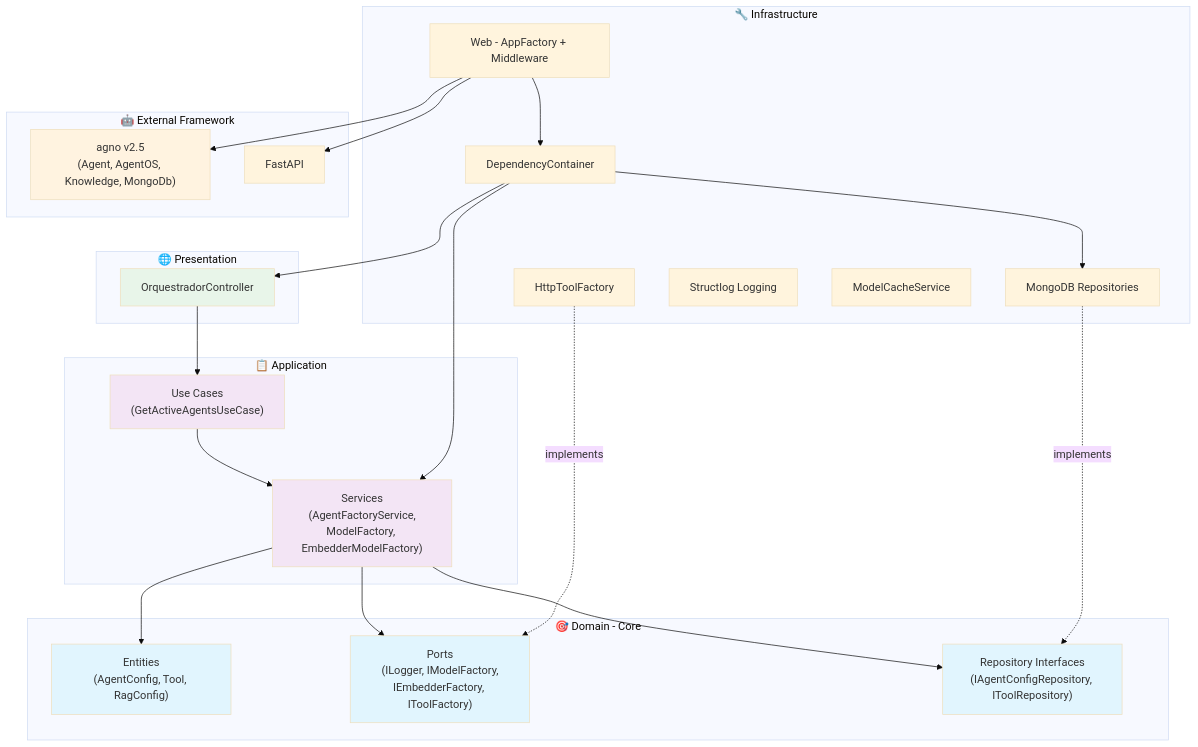
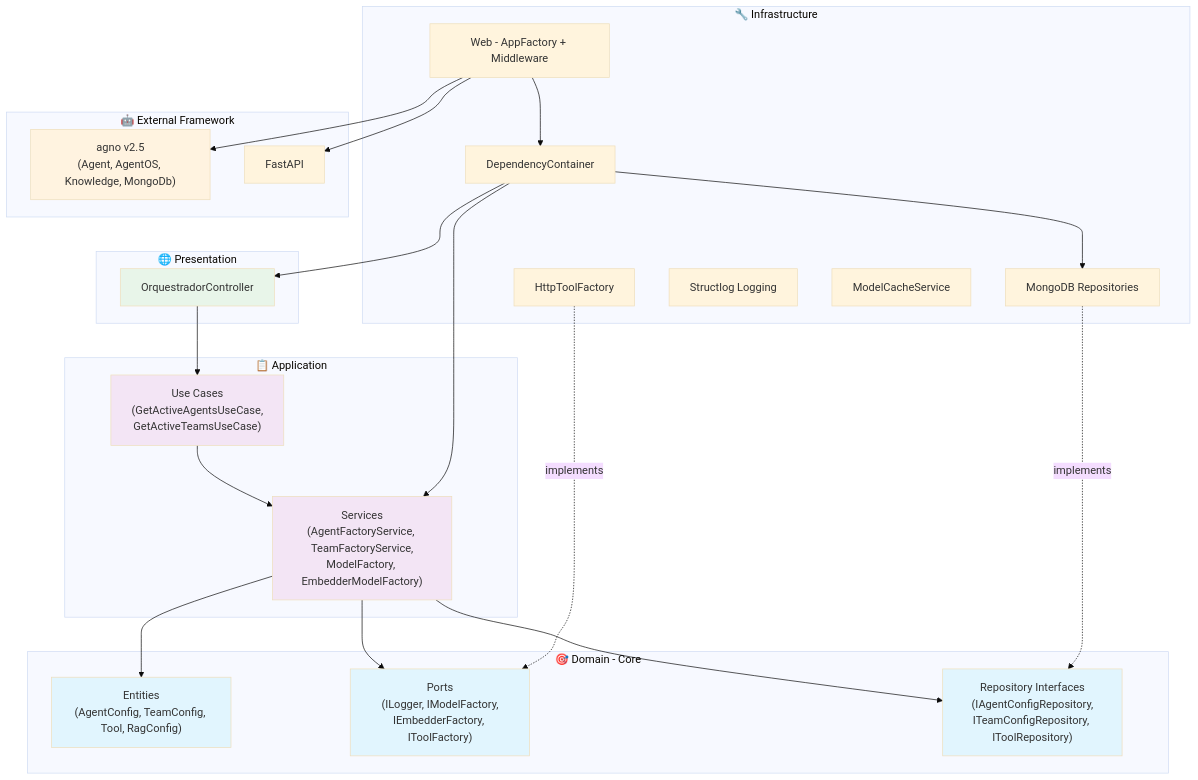
The first of 3 diagrams in README.en.md (Mosfet04/orquestradorIAPythonArgo), drawn with Mermaid (base theme) before and after one commit. The commit also changed other lines of this file and 2 other files, not shown here.

Commit message:
feat: add multi-agent teams support and enhance documentation

````diff
--- a/README.en.md
+++ b/README.en.md
@@ -118,53 +120,53 @@
 ```mermaid
 graph TB
     subgraph "🎯 Domain - Core"
-        E["Entities<br/>(AgentConfig, Tool, RagConfig)"]
+        E["Entities<br/>(AgentConfig, TeamConfig, Tool, RagConfig)"]
         RP["Ports<br/>(ILogger, IModelFactory,<br/>IEmbedderFactory, IToolFactory)"]
-        RI["Repository Interfaces<br/>(IAgentConfigRepository, IToolRepository)"]
+        RI["Repository Interfaces<br/>(IAgentConfigRepository,<br/>ITeamConfigRepository, IToolRepository)"]
     end
 
     subgraph "📋 Application"
-        UC["Use Cases<br/>(GetActiveAgentsUseCase)"]
-        AS["Services<br/>(AgentFactoryService,<br/>ModelFactory, EmbedderModelFactory)"]
+        UC["Use Cases<br/>(GetActiveAgentsUseCase,<br/>GetActiveTeamsUseCase)"]
+        AS["Services<br/>(AgentFactoryService, TeamFactoryService,<br/>ModelFactory, EmbedderModelFactory)"]
     end
 
     subgraph "🔧 Infrastructure"
         DB["MongoDB Repositories"]
         WEB["Web - AppFactory + Middleware"]
         HTTP["HttpToolFactory"]
         LOG["Structlog Logging"]
         CACHE["ModelCacheService"]
         DI["DependencyContainer"]
     end
 
     subgraph "🌐 Presentation"
         CTRL["OrquestradorController"]
     end
 
     subgraph "🤖 External Framework"
         AGNO["agno v2.5<br/>(Agent, AgentOS, Knowledge, MongoDb)"]
         FAST["FastAPI"]
     end
 
     CTRL --> UC
     UC --> AS
     AS --> E
     AS --> RI
     AS --> RP
     DB -.->|implements| RI
     HTTP -.->|implements| RP
     DI --> CTRL
     DI --> AS
     DI --> DB
     WEB --> DI
     WEB --> FAST
     WEB --> AGNO
 
     style E fill:#e1f5fe
     style RP fill:#e1f5fe
     style RI fill:#e1f5fe
     style UC fill:#f3e5f5
     style AS fill:#f3e5f5
     style CTRL fill:#e8f5e9
     style AGNO fill:#fff3e0
 ```
````
